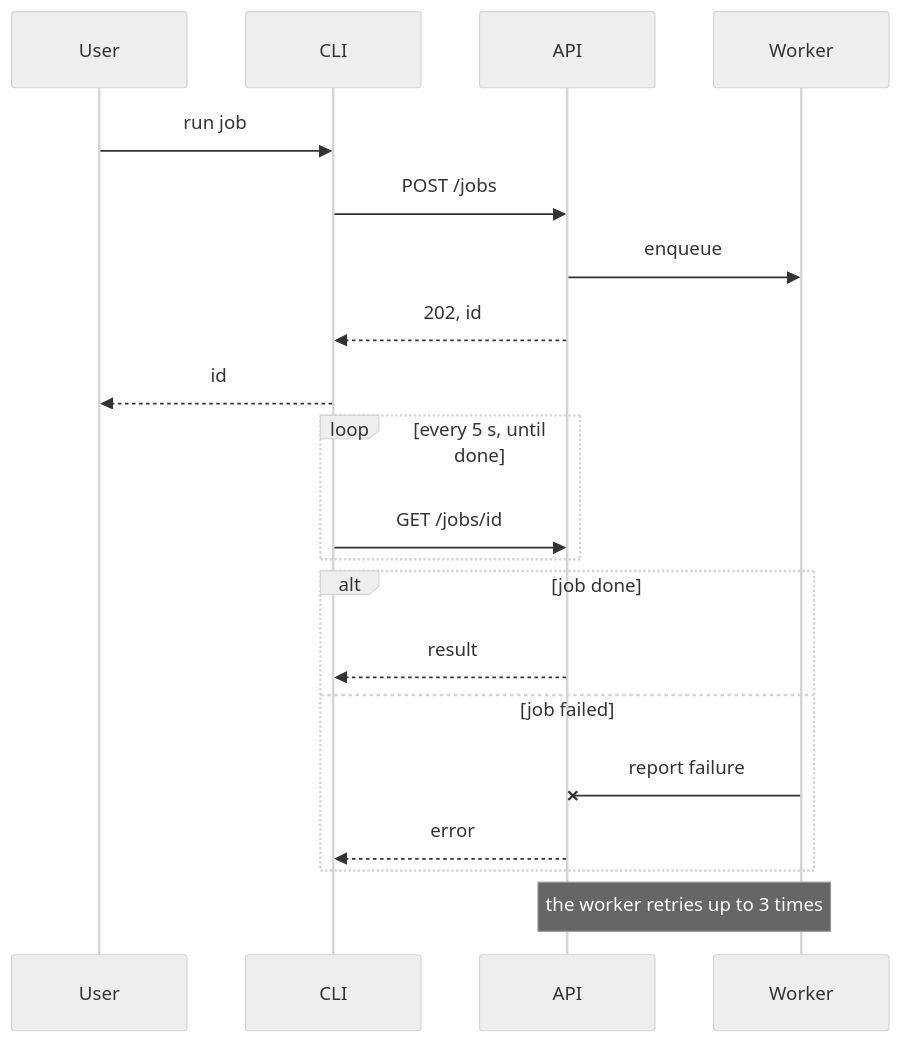
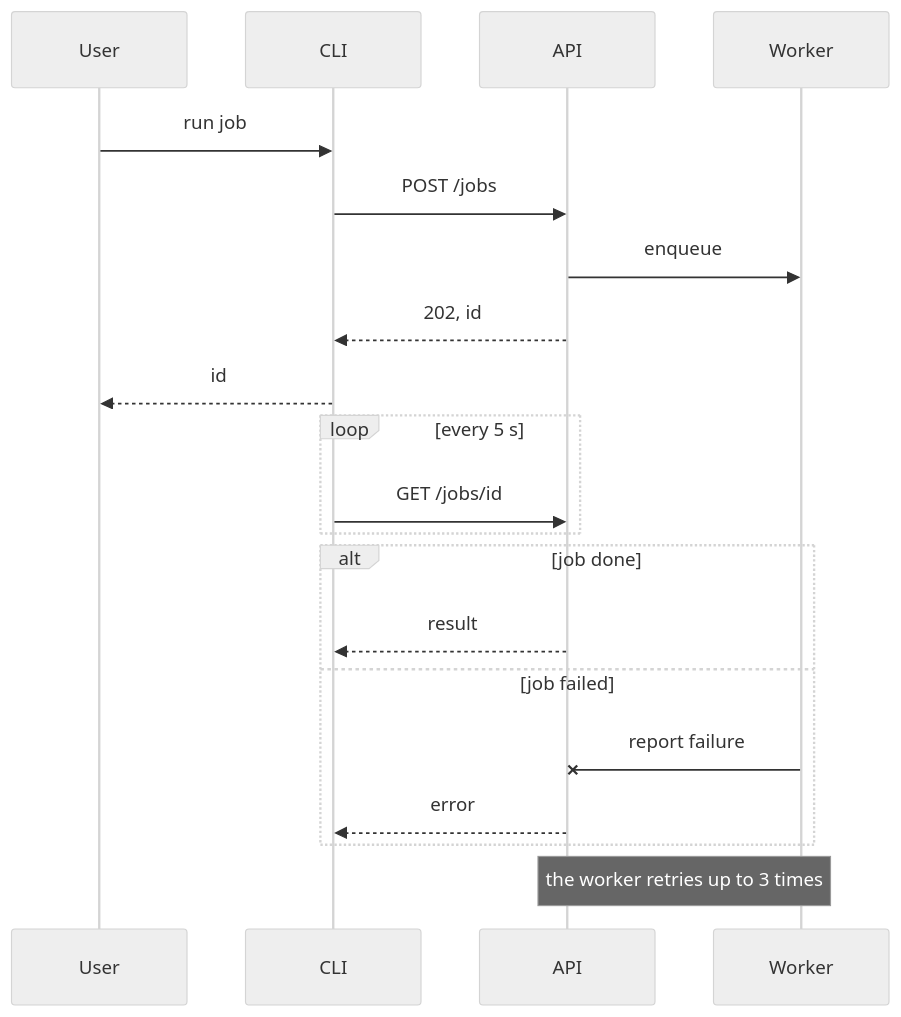
One commit to karczews/skills changed the diagram in docs/diagramize/sequence.mmd. Above: the diagram before and after it, drawn with Mermaid (neutral theme). The commit also changed 8 other files, not shown here.

```diff
--- a/docs/diagramize/sequence.mmd
+++ b/docs/diagramize/sequence.mmd
@@ -1,20 +1,20 @@
 sequenceDiagram
     participant U as User
     participant C as CLI
     participant A as API
     participant W as Worker
     U->>C: run job
     C->>A: POST /jobs
     A->>W: enqueue
     A-->>C: 202, id
     C-->>U: id
-    loop every 5 s, until done
+    loop every 5 s
         C->>A: GET /jobs/id
     end
     alt job done
         A-->>C: result
     else job failed
         W-xA: report failure
         A-->>C: error
     end
     Note over A,W: the worker retries up to 3 times
```
